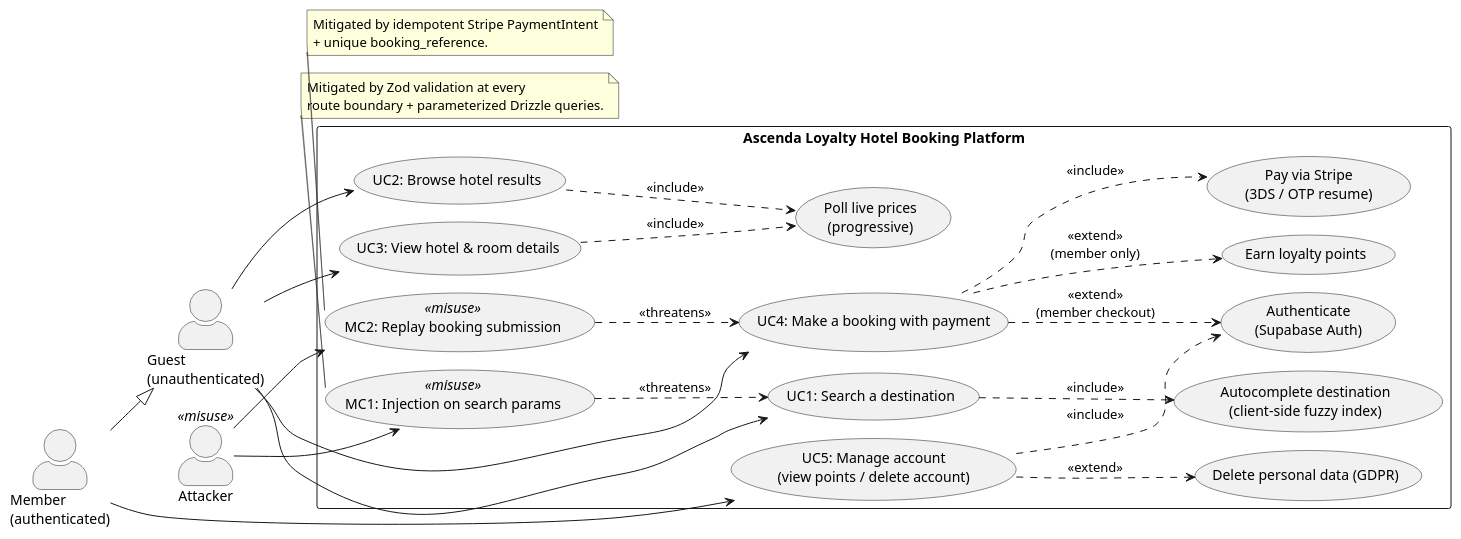
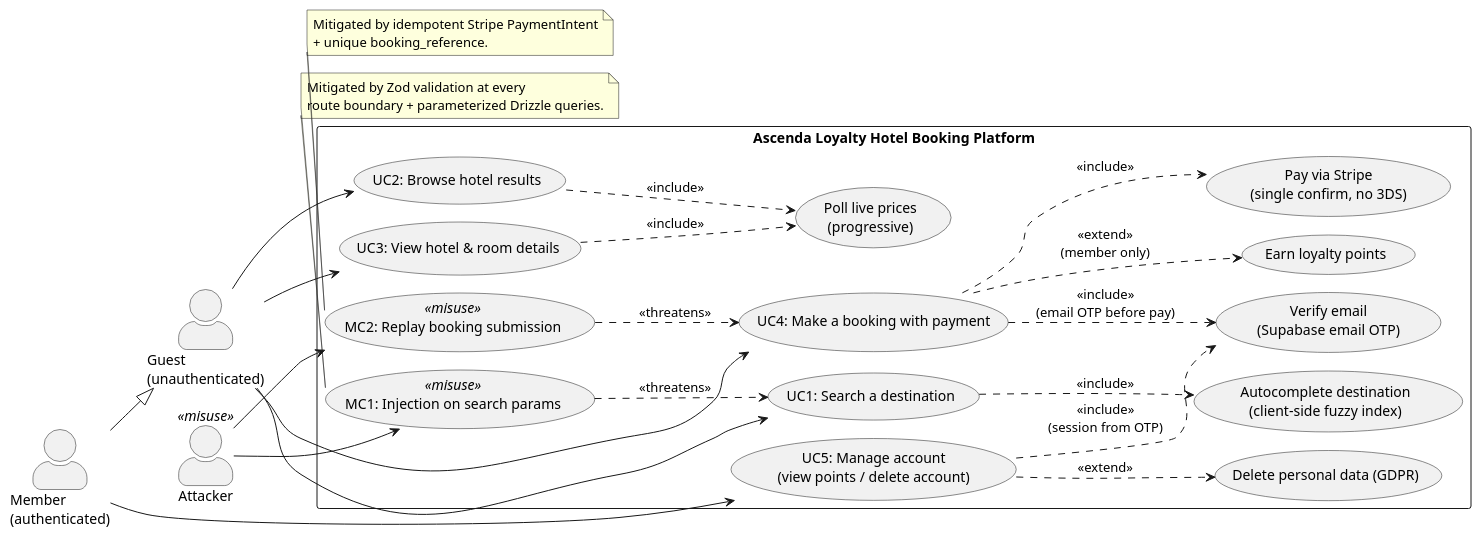
The diagram in docs/uml/use-case.puml (Infintesky/esc-ascendas), drawn with PlantUML before and after one commit. The commit also changed 1 other file, not shown here.

Commit message:
docs: correct use-case diagram to email-OTP + no-3DS payment flow

```diff
--- a/docs/uml/use-case.puml
+++ b/docs/uml/use-case.puml
@@ -1,62 +1,62 @@
 @startuml use-case
 ' Use-case diagram for esc-ascendas (SUTD 50.003 Ascenda Loyalty case study)
 ' Source of truth: docs/superpowers/specs/2026-06-25-hotel-booking-platform-design.md (section 6)
 ' Uses the pure-Java Smetana layout so it renders without a Graphviz install.
 !pragma layout smetana
 left to right direction
 skinparam packageStyle rectangle
 skinparam actorStyle awesome
 
 actor "Guest\n(unauthenticated)" as Guest
 actor "Member\n(authenticated)" as Member
 actor "Attacker" as Attacker <<misuse>>
 
 Member --|> Guest
 
 rectangle "Ascenda Loyalty Hotel Booking Platform" {
   usecase "UC1: Search a destination" as UC1
   usecase "UC2: Browse hotel results" as UC2
   usecase "UC3: View hotel & room details" as UC3
   usecase "UC4: Make a booking with payment" as UC4
   usecase "UC5: Manage account\n(view points / delete account)" as UC5
 
   usecase "Autocomplete destination\n(client-side fuzzy index)" as UCa
   usecase "Poll live prices\n(progressive)" as UCb
-  usecase "Authenticate\n(Supabase Auth)" as UCauth
+  usecase "Verify email\n(Supabase email OTP)" as UCauth
   usecase "Earn loyalty points" as UCearn
-  usecase "Pay via Stripe\n(3DS / OTP resume)" as UCpay
+  usecase "Pay via Stripe\n(single confirm, no 3DS)" as UCpay
   usecase "Delete personal data (GDPR)" as UCgdpr
 
   usecase "MC1: Injection on search params" as MC1 <<misuse>>
   usecase "MC2: Replay booking submission" as MC2 <<misuse>>
 }
 
 Guest --> UC1
 Guest --> UC2
 Guest --> UC3
 Guest --> UC4
 Member --> UC5
 
 UC1 ..> UCa : <<include>>
 UC2 ..> UCb : <<include>>
 UC3 ..> UCb : <<include>>
 UC4 ..> UCpay : <<include>>
 UC4 ..> UCearn : <<extend>>\n(member only)
-UC5 ..> UCauth : <<include>>
+UC5 ..> UCauth : <<include>>\n(session from OTP)
 UC5 ..> UCgdpr : <<extend>>
-UC4 ..> UCauth : <<extend>>\n(member checkout)
+UC4 ..> UCauth : <<include>>\n(email OTP before pay)
 
 Attacker --> MC1
 Attacker --> MC2
 MC1 ..> UC1 : <<threatens>>
 MC2 ..> UC4 : <<threatens>>
 
 note bottom of MC1
   Mitigated by Zod validation at every
   route boundary + parameterized Drizzle queries.
 end note
 note bottom of MC2
   Mitigated by idempotent Stripe PaymentIntent
   + unique booking_reference.
 end note
 @enduml
```
